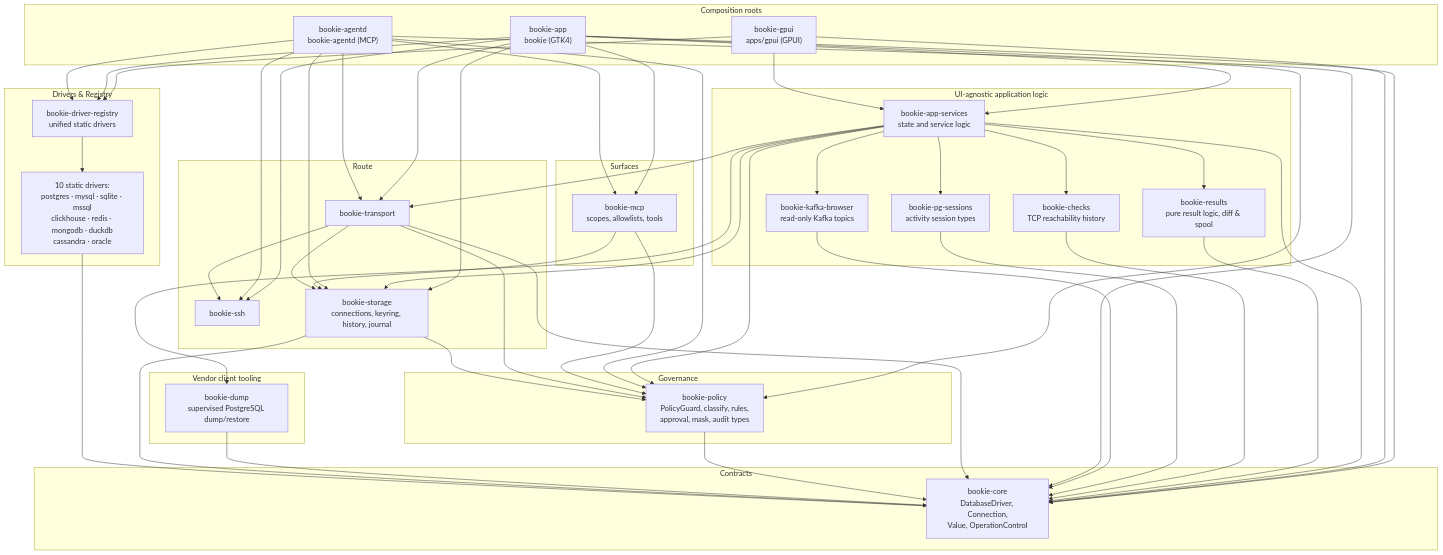
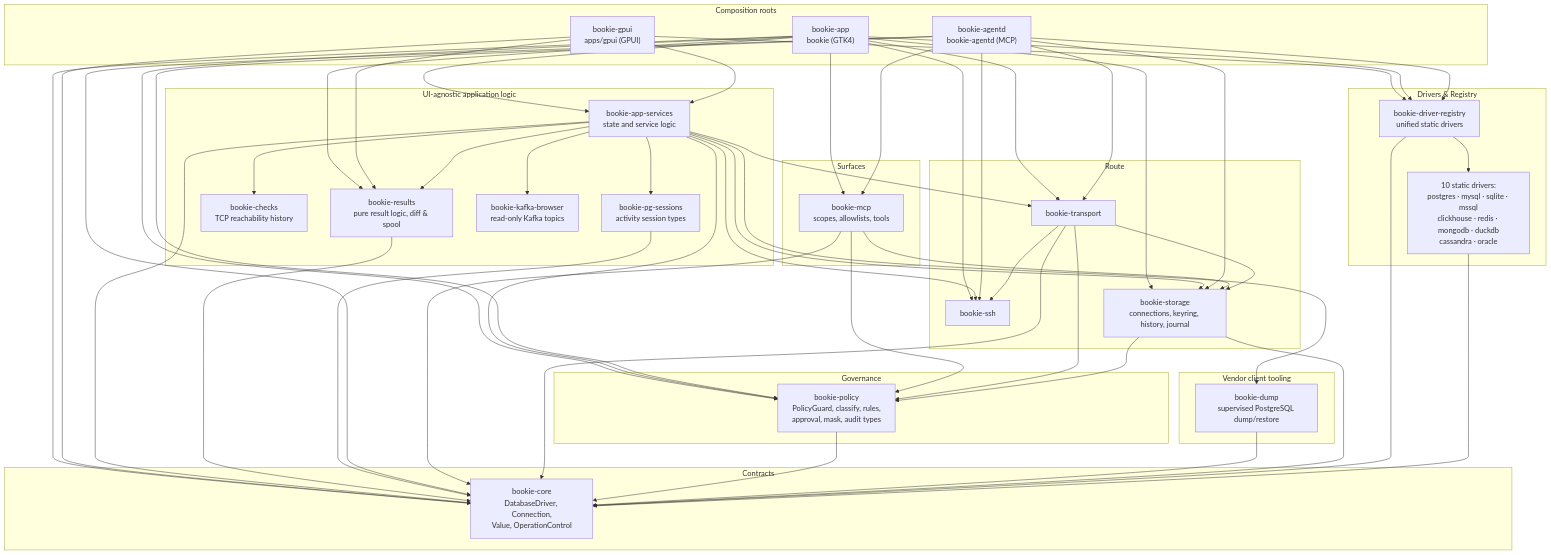
One commit to cozyGarage/BookiE changed the second of 7 diagrams in ARCHITECTURE.md. Above: the diagram before and after it, drawn with Mermaid.

Commit message:
docs(architecture): match the crate diagram to Cargo dependencies

```diff
--- a/ARCHITECTURE.md
+++ b/ARCHITECTURE.md
@@ -143,9 +143,11 @@
     app --> policy
     app --> storage
     app --> ssh
+    app --> results
     gpui --> app_services
     gpui --> registry
     gpui --> core
+    gpui --> results
     app_services --> results
     app_services --> checks
     app_services --> pg_sessions
@@ -154,11 +156,10 @@
     app_services --> core
     app_services --> policy
     app_services --> transport
+    app_services --> ssh
     app_services --> dump
     results --> core
-    checks --> core
     pg_sessions --> core
-    kafka --> core
     app --> transport
     agentd --> core
     agentd --> policy
@@ -167,6 +168,7 @@
     agentd --> transport
     mcp --> policy
     mcp --> storage
+    mcp --> core
     transport --> storage
     transport --> ssh
     transport --> policy
@@ -176,6 +178,7 @@
     storage --> policy
     storage --> core
     registry --> drv
+    registry --> core
     drv --> core
     app --> registry
     agentd --> registry
```
